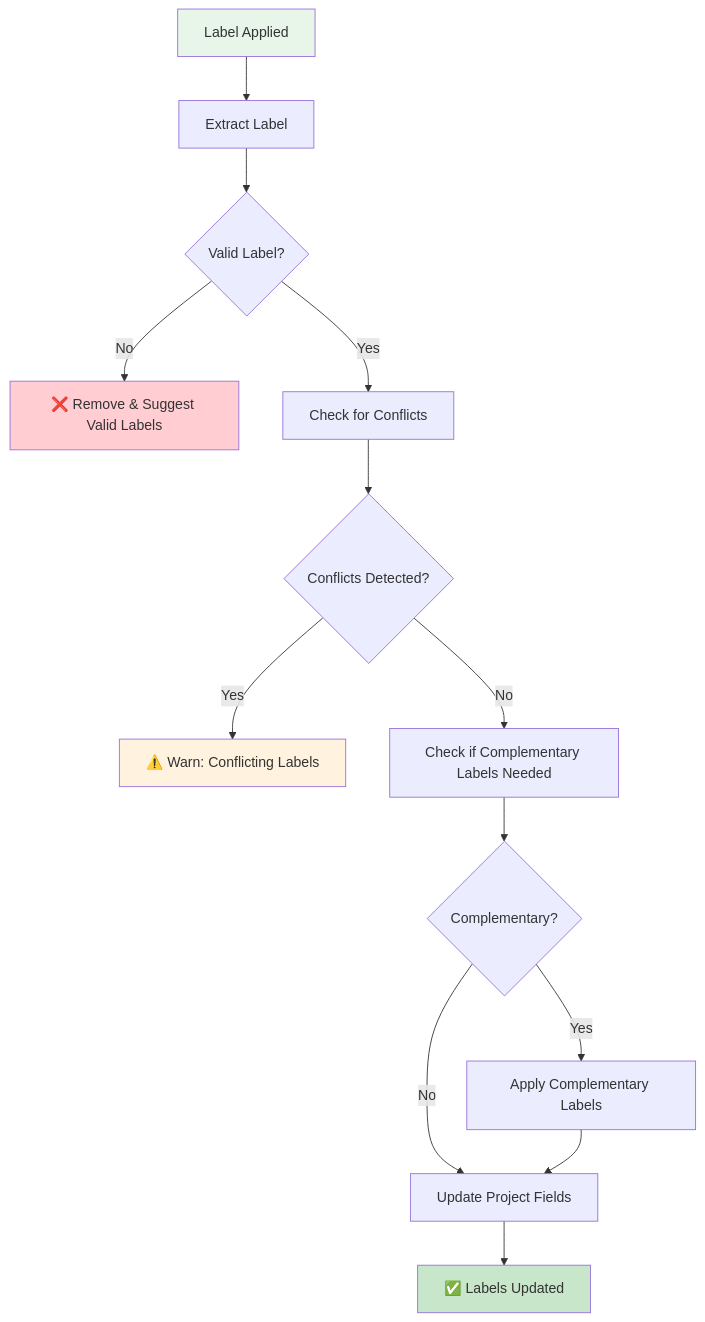
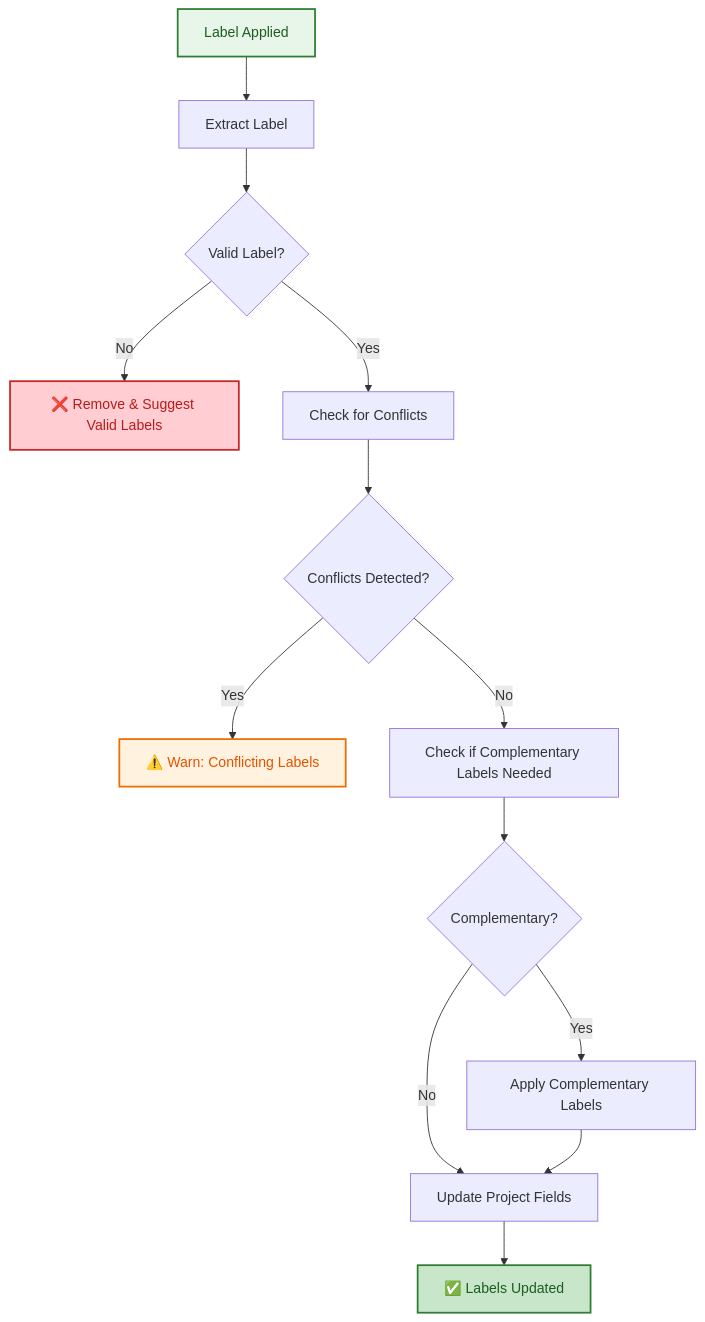
Before and after one commit to lightspeedwp/.github: the second of 3 diagrams in .github/projects/active/automation-consolidation-agentic-workflows-2026-09/ISSUE_MANAGEMENT_AGENT_SPEC.md, drawn with Mermaid. The commit also changed other lines of this file and 4 other files, not shown here.

First line of the commit message:
Fix quick wins: reconcile effort estimates, add Mermaid accessibility, improve contrast

````diff
--- a/.github/projects/active/automation-consolidation-agentic-workflows-2026-09/ISSUE_MANAGEMENT_AGENT_SPEC.md
+++ b/.github/projects/active/automation-consolidation-agentic-workflows-2026-09/ISSUE_MANAGEMENT_AGENT_SPEC.md
@@ -149,24 +151,26 @@
 ```mermaid
 graph TD
+    accTitle: Issue labeled manually decision tree
+    accDescr: Flowchart for manual label application with validation, conflict detection, and complementary label checking
     A["Label Applied"] --> B["Extract Label"]
     B --> C{Valid Label?}
     
     C -->|No| D["❌ Remove & Suggest Valid Labels"]
     C -->|Yes| E["Check for Conflicts"]
     
     E --> F{Conflicts Detected?}
     F -->|Yes| G["⚠️ Warn: Conflicting Labels"]
     F -->|No| H["Check if Complementary Labels Needed"]
     
     H --> I{Complementary?}
     I -->|Yes| J["Apply Complementary Labels"]
     I -->|No| K["Update Project Fields"]
     
     J --> K
     K --> L["✅ Labels Updated"]
     
-    style A fill:#E8F5E9
-    style L fill:#C8E6C9
-    style D fill:#FFCDD2
-    style G fill:#FFF3E0
+    style A fill:#E8F5E9,stroke:#2E7D32,stroke-width:2px,color:#1B5E20
+    style L fill:#C8E6C9,stroke:#2E7D32,stroke-width:2px,color:#1B5E20
+    style D fill:#FFCDD2,stroke:#C62828,stroke-width:2px,color:#B71C1C
+    style G fill:#FFF3E0,stroke:#EF6C00,stroke-width:2px,color:#E65100
 ```
````
